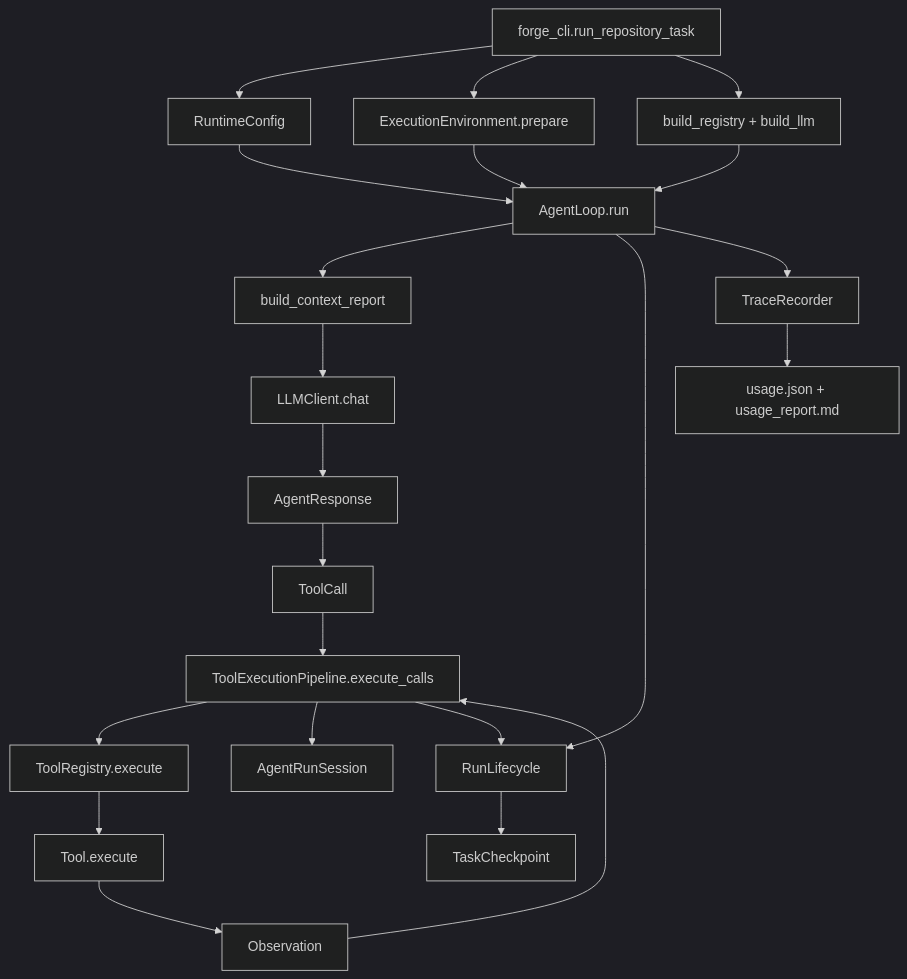
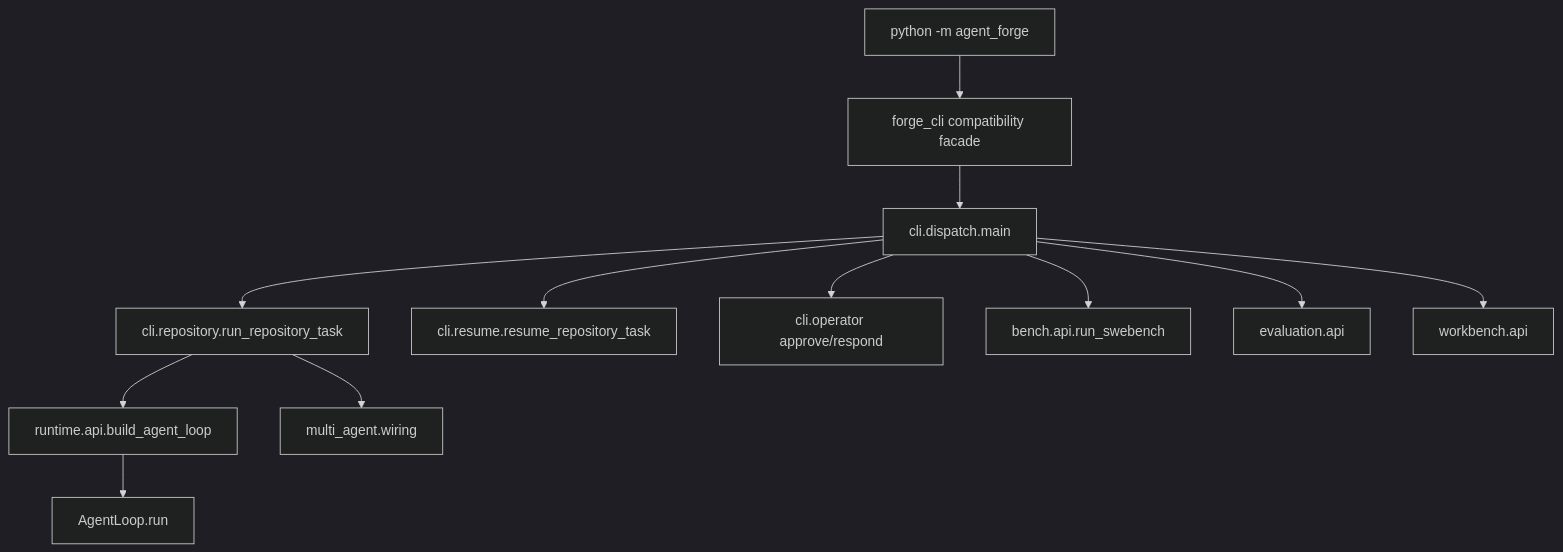
The first of 5 diagrams in docs/guides/code-reading-map.md (semi-hollow/NanoHarness), drawn with Mermaid (dark theme) before and after one commit. The commit also changed other lines of this file and 234 other files, not shown here.

Commit message:
Refactor capability boundaries and architecture

````diff
--- a/docs/guides/code-reading-map.md
+++ b/docs/guides/code-reading-map.md
@@ -78,24 +24,14 @@
 ```mermaid
 flowchart TD
-    CLI["forge_cli.run_repository_task"] --> Config["RuntimeConfig"]
-    CLI --> Environment["ExecutionEnvironment.prepare"]
-    CLI --> Wiring["build_registry + build_llm"]
-    Config --> Loop["AgentLoop.run"]
-    Environment --> Loop
-    Wiring --> Loop
-    Loop --> Context["build_context_report"]
-    Context --> Model["LLMClient.chat"]
-    Model --> Response["AgentResponse"]
-    Response --> Call["ToolCall"]
-    Call --> Pipeline["ToolExecutionPipeline.execute_calls"]
-    Pipeline --> Registry["ToolRegistry.execute"]
-    Registry --> Tool["Tool.execute"]
-    Tool --> Observation["Observation"]
-    Observation --> Pipeline
-    Pipeline --> Session["AgentRunSession"]
-    Loop --> Lifecycle["RunLifecycle"]
-    Pipeline --> Lifecycle
-    Lifecycle --> Checkpoint["TaskCheckpoint"]
-    Loop --> Trace["TraceRecorder"]
-    Trace --> Report["usage.json + usage_report.md"]
+    Main["python -m agent_forge"] --> Facade["forge_cli compatibility facade"]
+    Facade --> Dispatch["cli.dispatch.main"]
+    Dispatch --> Run["cli.repository.run_repository_task"]
+    Dispatch --> Resume["cli.resume.resume_repository_task"]
+    Dispatch --> Operator["cli.operator approve/respond"]
+    Dispatch --> Bench["bench.api.run_swebench"]
+    Dispatch --> Eval["evaluation.api"]
+    Dispatch --> UI["workbench.api"]
+    Run --> RuntimeAPI["runtime.api.build_agent_loop"]
+    Run --> MultiAPI["multi_agent.wiring"]
+    RuntimeAPI --> Loop["AgentLoop.run"]
 ```
````
